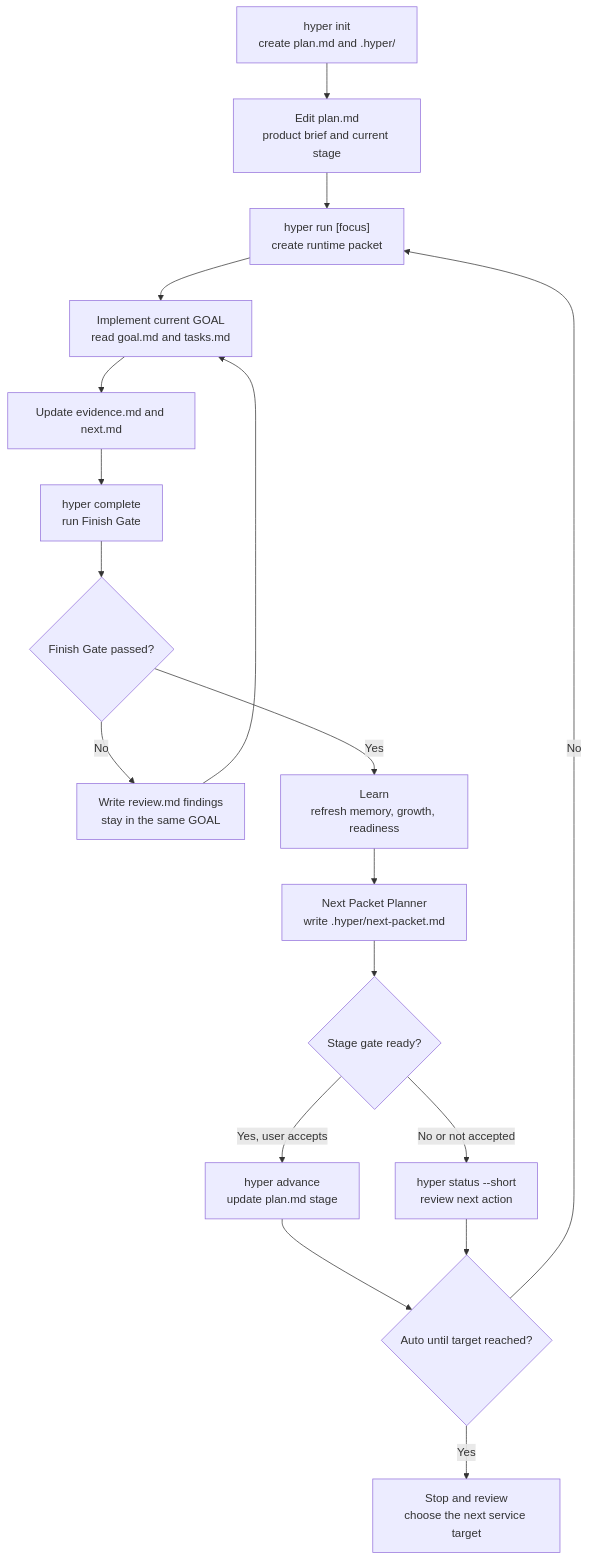
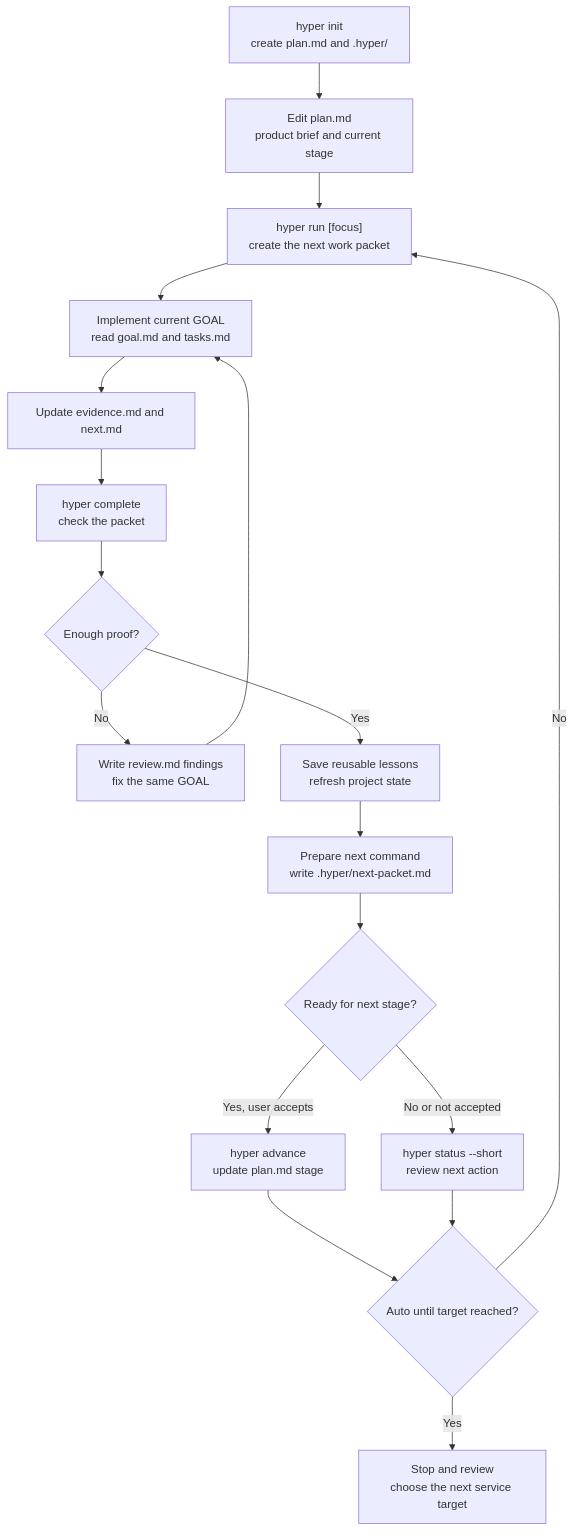
The diagram in README.md (KoreanCode/orange-hyper-run), drawn with Mermaid before and after one commit. The commit also changed other lines of this file and 1 other file, not shown here.

````diff
--- a/README.md
+++ b/README.md
@@ -117,20 +124,20 @@
 ```mermaid
 flowchart TD
   A["hyper init<br/>create plan.md and .hyper/"] --> B["Edit plan.md<br/>product brief and current stage"]
-  B --> C["hyper run [focus]<br/>create runtime packet"]
+  B --> C["hyper run [focus]<br/>create the next work packet"]
   C --> D["Implement current GOAL<br/>read goal.md and tasks.md"]
   D --> E["Update evidence.md and next.md"]
-  E --> F["hyper complete<br/>run Finish Gate"]
-  F --> G{"Finish Gate passed?"}
-  G -- "No" --> H["Write review.md findings<br/>stay in the same GOAL"]
+  E --> F["hyper complete<br/>check the packet"]
+  F --> G{"Enough proof?"}
+  G -- "No" --> H["Write review.md findings<br/>fix the same GOAL"]
   H --> D
-  G -- "Yes" --> I["Learn<br/>refresh memory, growth, readiness"]
-  I --> J["Next Packet Planner<br/>write .hyper/next-packet.md"]
-  J --> K{"Stage gate ready?"}
+  G -- "Yes" --> I["Save reusable lessons<br/>refresh project state"]
+  I --> J["Prepare next command<br/>write .hyper/next-packet.md"]
+  J --> K{"Ready for next stage?"}
   K -- "Yes, user accepts" --> L["hyper advance<br/>update plan.md stage"]
   K -- "No or not accepted" --> M["hyper status --short<br/>review next action"]
   L --> N{"Auto until target reached?"}
   M --> N
   N -- "No" --> C
   N -- "Yes" --> O["Stop and review<br/>choose the next service target"]
 ```
````
